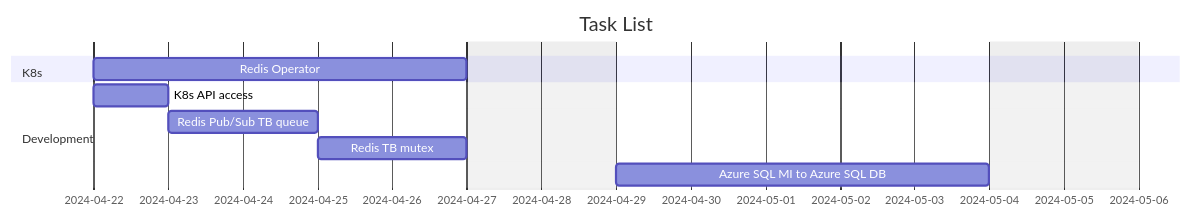
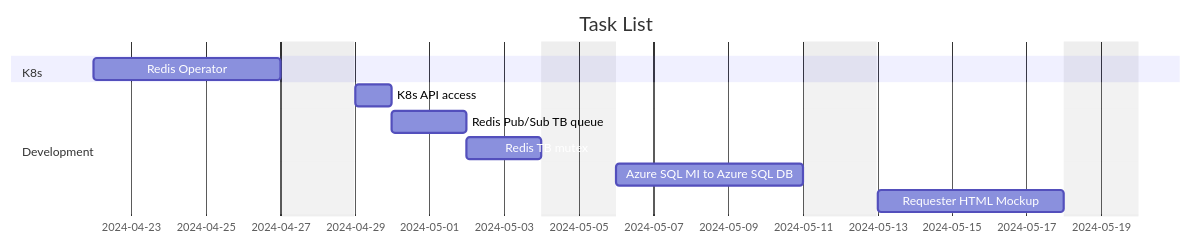
The diagram in development/report_system/task_list.md (brentgroves/repsys), drawn with Mermaid before and after one commit. The commit also changed other lines of this file and 11 other files, not shown here.

````diff
--- a/development/report_system/task_list.md
+++ b/development/report_system/task_list.md
@@ -7,16 +7,17 @@
 ```mermaid
 gantt
     dateFormat  YYYY-MM-DD
     title       Task List
     excludes    weekends
     %% (`excludes` accepts specific dates in YYYY-MM-DD format, days of the week ("sunday") or "weekends", but not the word "weekdays".)
 
     section K8s
     Redis Operator                                :d1,2024-04-22,5d
     section Development
-    K8s API access                                :d1,2024-04-22,1d
+    K8s API access                                :d1,2024-04-29,1d
     Redis Pub/Sub TB queue                        :d2,after d1,2d
     Redis TB mutex                                :d3,after d2,2d
     Azure SQL MI to Azure SQL DB                  :d4,after d3,5d   
+    Requester HTML Mockup                         :d5,after d4,5d   
 
 ```
````
